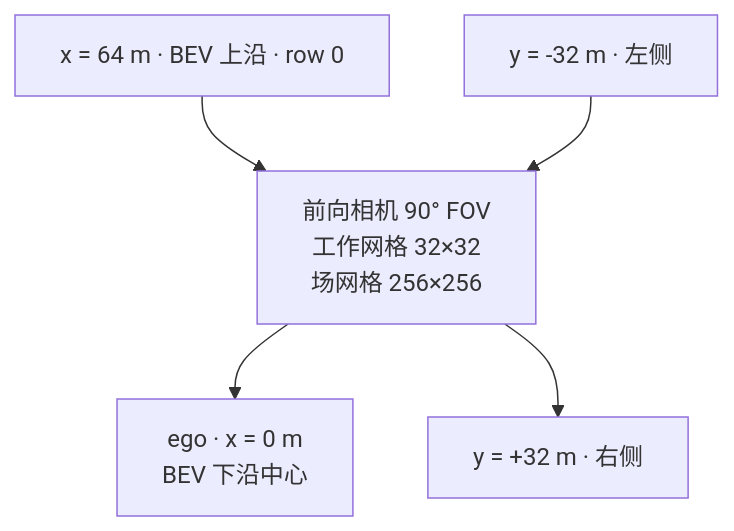
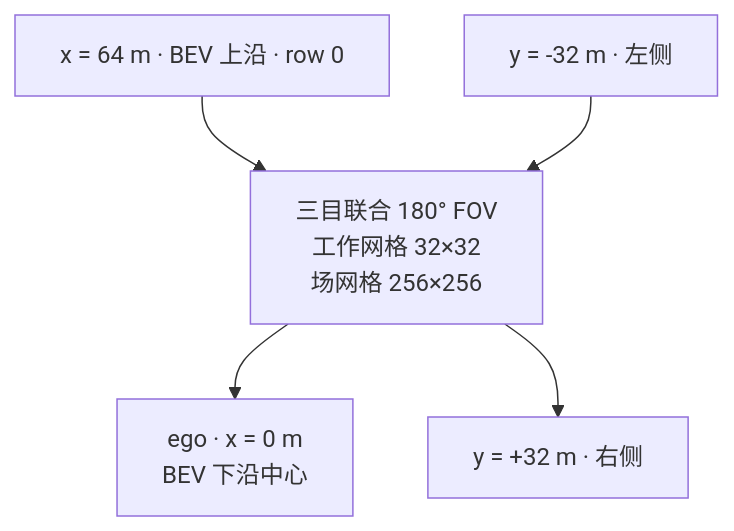
The fifth of 9 diagrams in README.md (ByteDriveTeam/ByteDrive-Toy), drawn with Mermaid before and after one commit. The commit also changed other lines of this file and 27 other files, not shown here.

````diff
--- a/README.md
+++ b/README.md
@@ -438,12 +441,12 @@
 ```mermaid
 flowchart TB
     FAR["x = 64 m · BEV 上沿 · row 0"]
     LEFT["y = -32 m · 左侧"]
-    CENTER["前向相机 90° FOV<br/>工作网格 32×32<br/>场网格 256×256"]
+    CENTER["三目联合 180° FOV<br/>工作网格 32×32<br/>场网格 256×256"]
     RIGHT["y = +32 m · 右侧"]
     EGO["ego · x = 0 m<br/>BEV 下沿中心"]
 
     FAR --> CENTER --> EGO
     LEFT --> CENTER
     CENTER --> RIGHT
 ```
````
